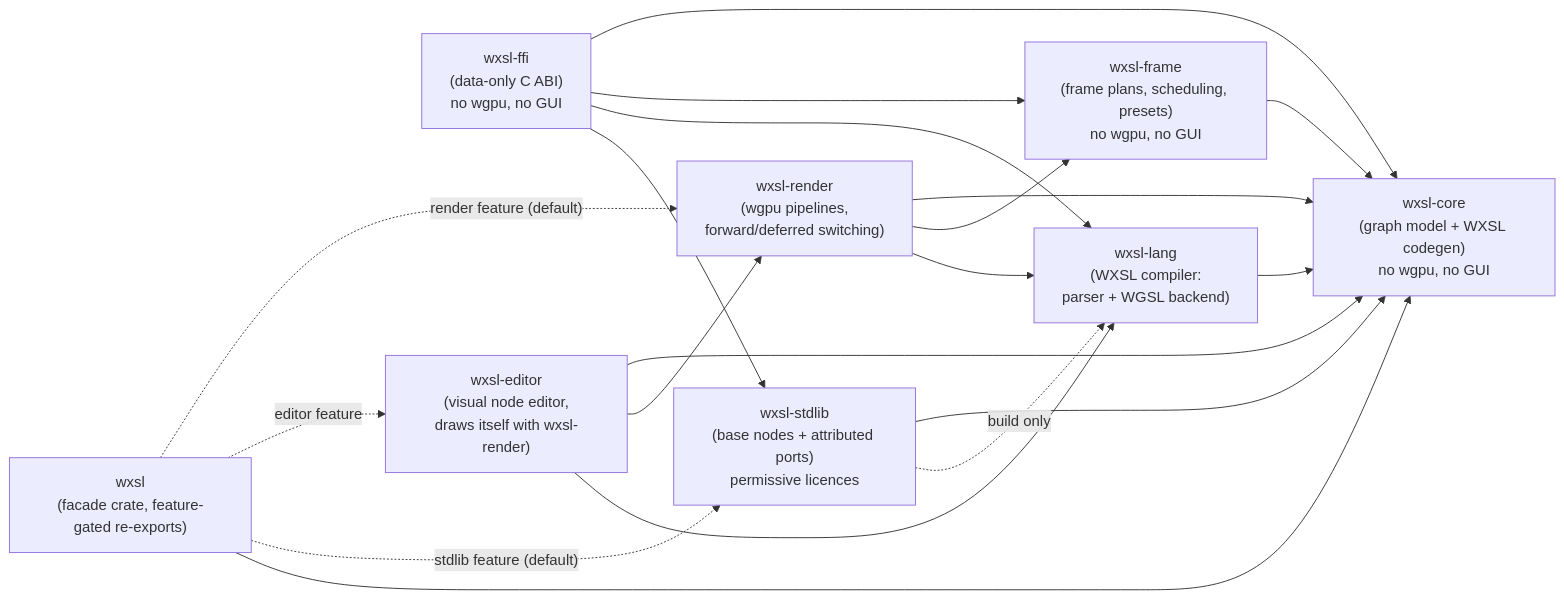
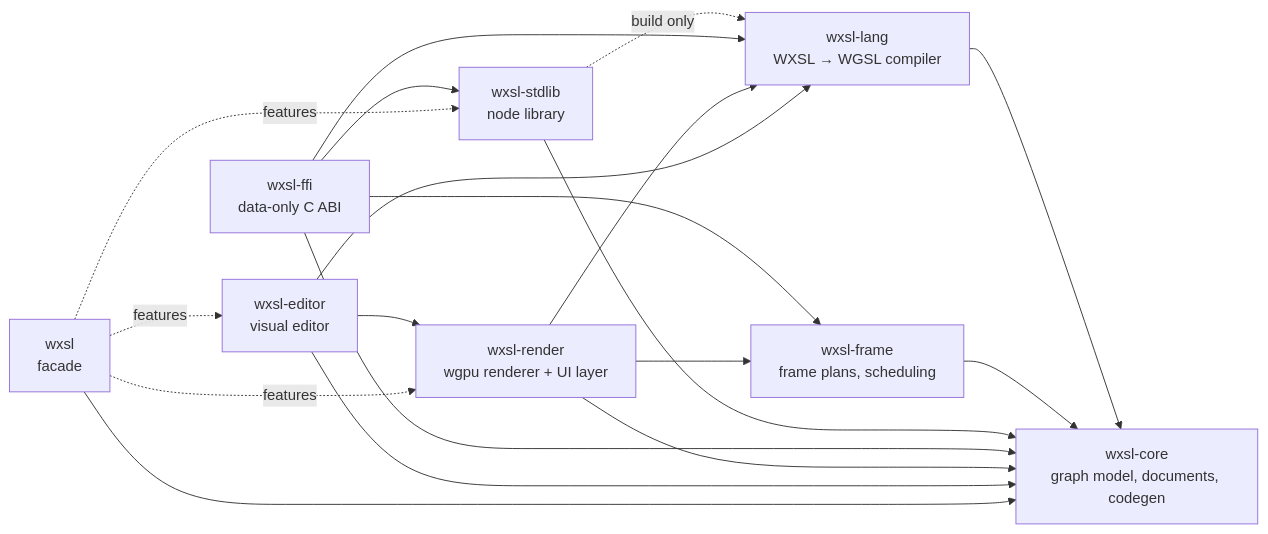
The diagram in docs/architecture.md (lapiequichante/wesloom), drawn with Mermaid before and after one commit. The commit also changed other lines of this file and 20 other files, not shown here.

````diff
--- a/docs/architecture.md
+++ b/docs/architecture.md
@@ -20,30 +20,21 @@
 ```mermaid
 graph LR
-    core["wxsl-core<br/>(graph model + WXSL codegen)<br/>no wgpu, no GUI"]
-    lang["wxsl-lang<br/>(WXSL compiler:<br/>parser + WGSL backend)"]
-    frame["wxsl-frame<br/>(frame plans, scheduling, presets)<br/>no wgpu, no GUI"]
-    ffi["wxsl-ffi<br/>(data-only C ABI)<br/>no wgpu, no GUI"]
-    render["wxsl-render<br/>(wgpu pipelines,<br/>forward/deferred switching)"]
-    editor["wxsl-editor<br/>(visual node editor,<br/>draws itself with wxsl-render)"]
-    stdlib["wxsl-stdlib<br/>(base nodes + attributed ports)<br/>permissive licences"]
-    facade["wxsl<br/>(facade crate, feature-gated re-exports)"]
+    core["wxsl-core<br/>graph model, documents, codegen"]
+    lang["wxsl-lang<br/>WXSL → WGSL compiler"]
+    frame["wxsl-frame<br/>frame plans, scheduling"]
+    ffi["wxsl-ffi<br/>data-only C ABI"]
+    stdlib["wxsl-stdlib<br/>node library"]
+    render["wxsl-render<br/>wgpu renderer + UI layer"]
+    editor["wxsl-editor<br/>visual editor"]
+    facade["wxsl<br/>facade"]
 
-    render --> core
-    render --> frame
+    lang --> core
     frame --> core
-    ffi --> core
-    ffi --> frame
-    ffi --> lang
-    ffi --> stdlib
-    render --> lang
-    editor --> core
-    editor --> render
-    editor --> lang
-    lang --> core
     stdlib --> core
     stdlib -. "build only" .-> lang
-    facade -. "render feature (default)" .-> render
-    facade -. "editor feature" .-> editor
-    facade -. "stdlib feature (default)" .-> stdlib
+    ffi --> core & frame & lang & stdlib
+    render --> core & frame & lang
+    editor --> core & render & lang
     facade --> core
+    facade -. features .-> render & editor & stdlib
 ```
````
